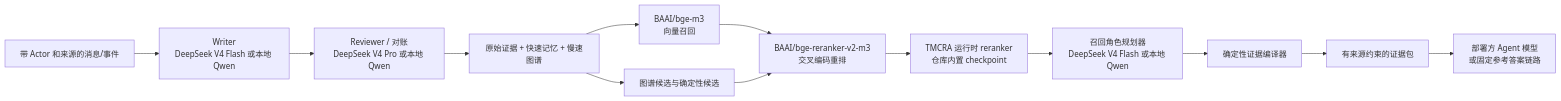
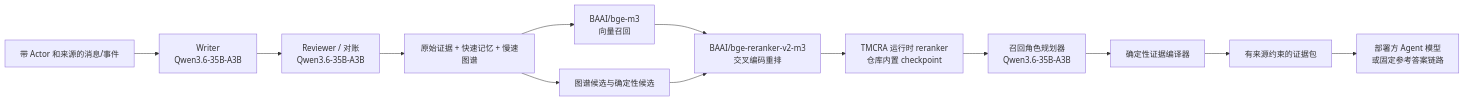
One commit to reshuibuduo/tmcra changed the diagram in docs/PRODUCTION_MODEL_STACK.zh-CN.md. Above: the diagram before and after it, drawn with Mermaid. The commit also changed other lines of this file and 18 other files, not shown here.

````diff
--- a/docs/PRODUCTION_MODEL_STACK.zh-CN.md
+++ b/docs/PRODUCTION_MODEL_STACK.zh-CN.md
@@ -9,22 +13,22 @@
 ```mermaid
 flowchart LR
   EVENT["带 Actor 和来源的消息/事件"]
-  WRITER["Writer<br/>DeepSeek V4 Flash 或本地 Qwen"]
-  REVIEW["Reviewer / 对账<br/>DeepSeek V4 Pro 或本地 Qwen"]
+  WRITER["Writer<br/>Qwen3.6-35B-A3B"]
+  REVIEW["Reviewer / 对账<br/>Qwen3.6-35B-A3B"]
   STORE["原始证据 + 快速记忆 + 慢速图谱"]
   EMBED["BAAI/bge-m3<br/>向量召回"]
   GRAPH["图谱候选与确定性候选"]
   VR["TMCRA 运行时 reranker<br/>仓库内置 checkpoint"]
   CROSS["BAAI/bge-reranker-v2-m3<br/>交叉编码重排"]
-  PLAN["召回角色规划器<br/>DeepSeek V4 Flash 或本地 Qwen"]
+  PLAN["召回角色规划器<br/>Qwen3.6-35B-A3B"]
   COMPILE["确定性证据编译器"]
   PACK["有来源约束的证据包"]
   AGENT["部署方 Agent 模型<br/>或固定参考答案链路"]
 
   EVENT --> WRITER --> REVIEW --> STORE
   STORE --> EMBED
   STORE --> GRAPH
   EMBED --> CROSS
   GRAPH --> CROSS
   CROSS --> VR --> PLAN --> COMPILE --> PACK --> AGENT
 ```
````
